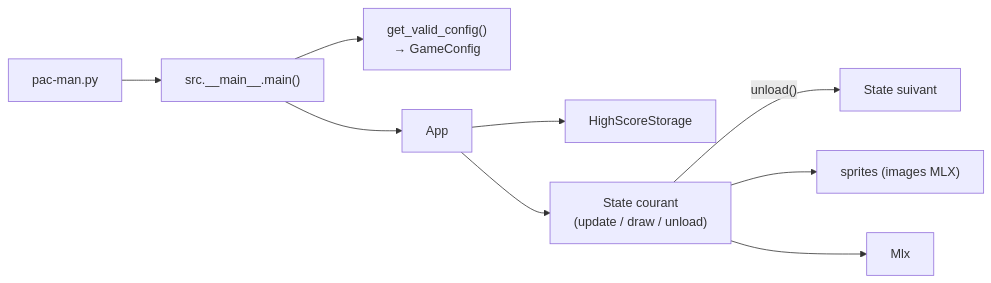
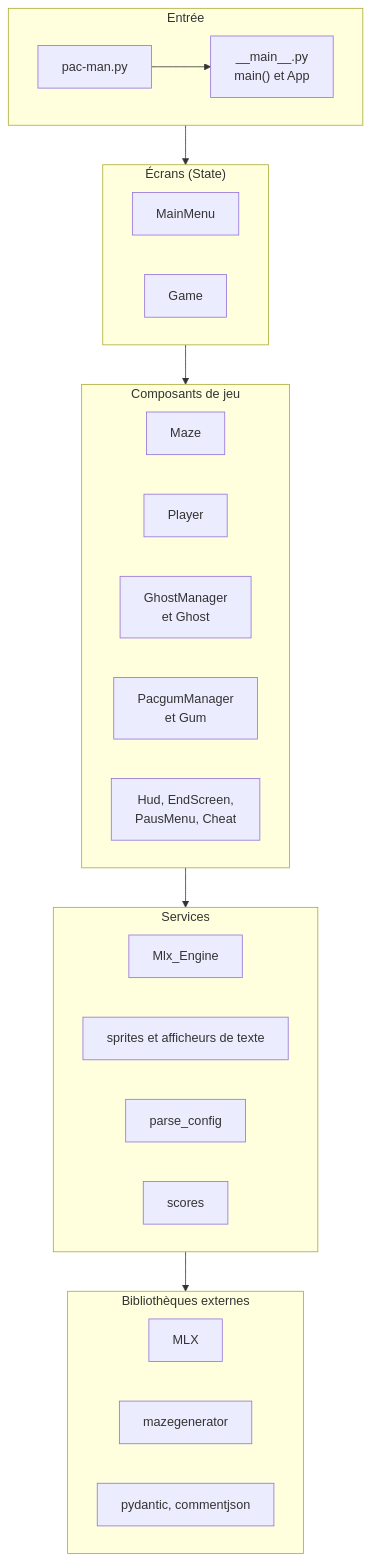
One commit to buchy16/Pac-Man changed the second of 3 diagrams in README.md. Above: the diagram before and after it, drawn with Mermaid. The commit also changed other lines of this file and 7 other files, not shown here.

````diff
--- a/README.md
+++ b/README.md
@@ -361,11 +389,32 @@
 ```mermaid
-flowchart LR
-    P["pac-man.py"] --> M["src.__main__.main()"]
-    M --> C["get_valid_config()<br/>→ GameConfig"]
-    M --> A["App"]
-    A --> S["HighScoreStorage"]
-    A --> ST["State courant<br/>(update / draw / unload)"]
-    ST -->|"unload()"| ST2["State suivant"]
-    ST --> SP["sprites (images MLX)"]
-    ST --> MLX["Mlx"]
+flowchart TD
+    subgraph L1["Entrée"]
+        E1["pac-man.py"] --> E2["__main__.py<br/>main() et App"]
+    end
+    subgraph L2["Écrans (State)"]
+        S1["MainMenu"]
+        S2["Game"]
+    end
+    subgraph L3["Composants de jeu"]
+        C1["Maze"]
+        C2["Player"]
+        C3["GhostManager<br/>et Ghost"]
+        C4["PacgumManager<br/>et Gum"]
+        C5["Hud, EndScreen,<br/>PausMenu, Cheat"]
+    end
+    subgraph L4["Services"]
+        V1["Mlx_Engine"]
+        V2["sprites et afficheurs de texte"]
+        V3["parse_config"]
+        V4["scores"]
+    end
+    subgraph L5["Bibliothèques externes"]
+        X1["MLX"]
+        X2["mazegenerator"]
+        X3["pydantic, commentjson"]
+    end
+    L1 --> L2
+    L2 --> L3
+    L3 --> L4
+    L4 --> L5
 ```
````
